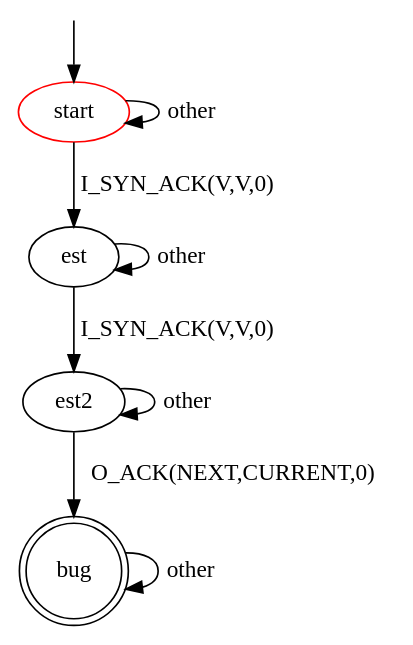
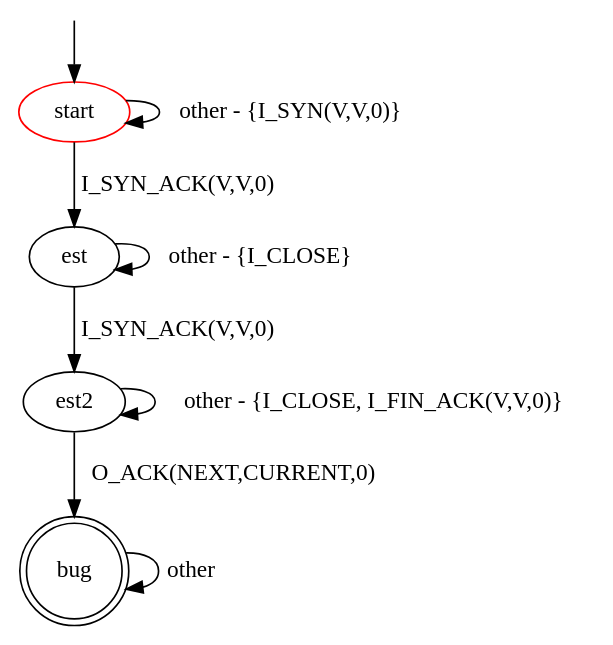
One commit to assist-project/state-machine-bug-finder changed the diagram in src/main/resources/patterns/tcp/invalid_response_to_synack_established.dot. Above: the diagram before and after it, drawn with Graphviz. The commit also changed 6 other files, not shown here.

```diff
--- a/src/main/resources/patterns/tcp/invalid_response_to_synack_established.dot
+++ b/src/main/resources/patterns/tcp/invalid_response_to_synack_established.dot
@@ -1,18 +1,18 @@
 digraph G {
 label=""
 start [color="red"]
 bug [shape="doublecircle"]
 
-start -> start [label="other"]
+start -> start [label="other - {I_SYN(V,V,0)}"]
 start -> est [label="I_SYN_ACK(V,V,0)"]
-est -> est [label="other"]
+est -> est [label="other - {I_CLOSE}"]
 est -> est2  [label="I_SYN_ACK(V,V,0)"]
-est2 -> est2  [label="other"]
+est2 -> est2  [label="other - {I_CLOSE, I_FIN_ACK(V,V,0)}"]
 est2 -> bug [label="O_ACK(NEXT,CURRENT,0)"]
 
 
 bug -> bug [label="other"]
 
 __start0 [label="" shape="none" width="0" height="0"];
 __start0 -> start;
 }
```
